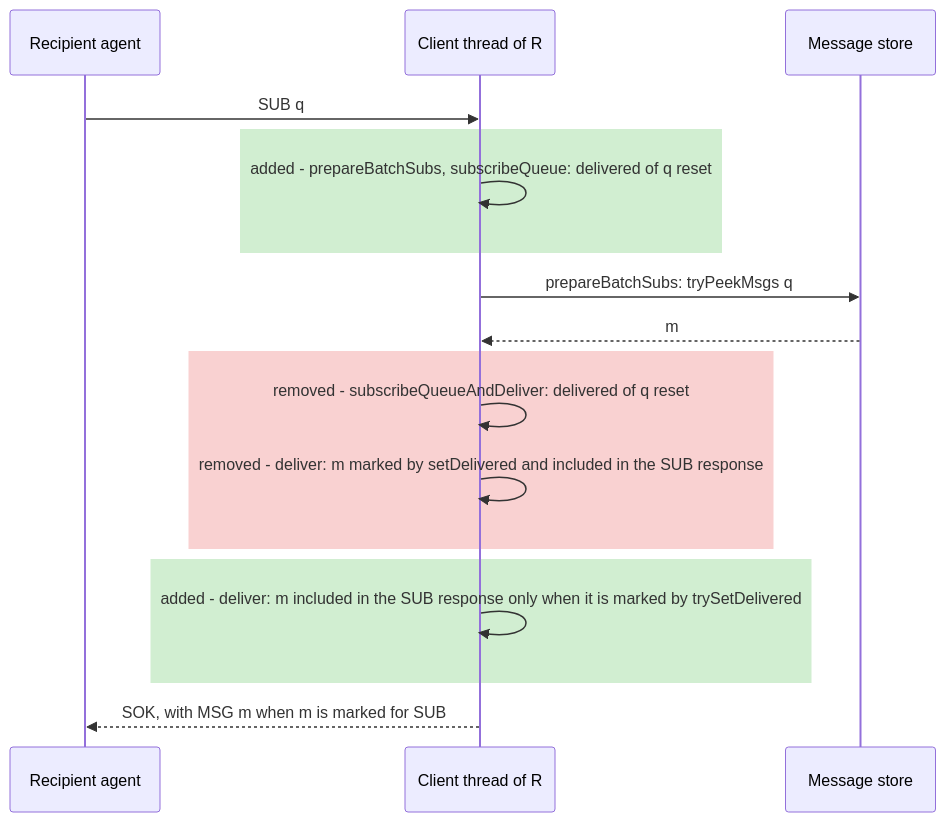
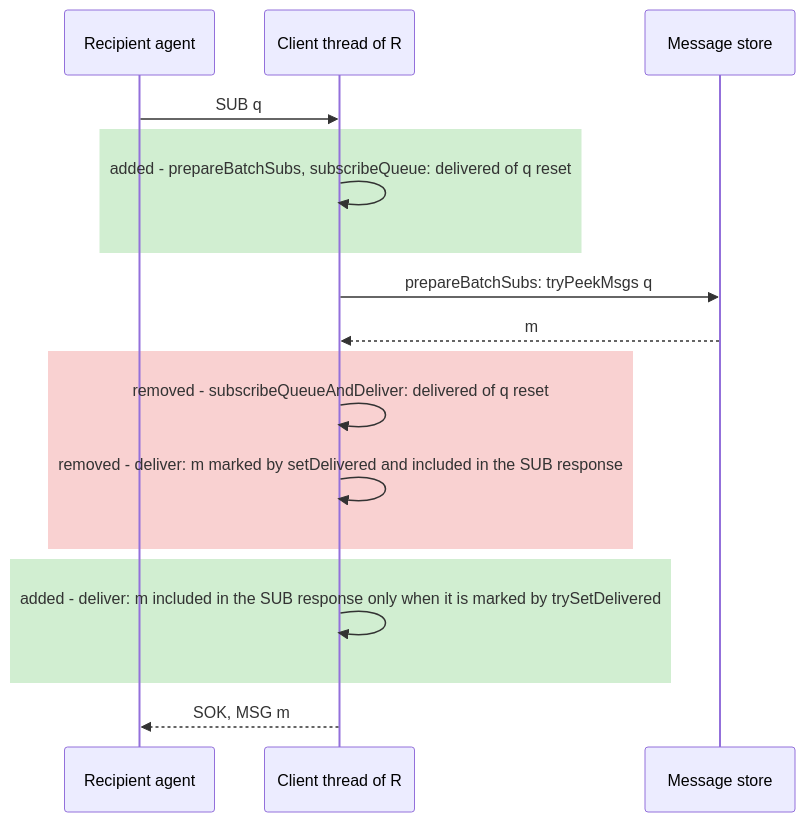
The third of 6 diagrams in plans/2026-10-31-sub-register-first.md (simplex-chat/simplexmq), drawn with Mermaid before and after one commit. The commit also changed other lines of this file, not shown here.

Commit message:
plans: duplicate SUB with SEND, service counts before and after the change

````diff
--- a/plans/2026-10-31-sub-register-first.md
+++ b/plans/2026-10-31-sub-register-first.md
@@ -107,20 +110,20 @@
 ```mermaid
 sequenceDiagram
     participant R as Recipient agent
     participant C as Client thread of R
     participant Q as Message store
     R->>C: SUB q
     rect rgba(0, 160, 0, 0.18)
         C->>C: added - prepareBatchSubs, subscribeQueue: delivered of q reset
     end
     C->>Q: prepareBatchSubs: tryPeekMsgs q
     Q-->>C: m
     rect rgba(220, 0, 0, 0.18)
         C->>C: removed - subscribeQueueAndDeliver: delivered of q reset
         C->>C: removed - deliver: m marked by setDelivered and included in the SUB response
     end
     rect rgba(0, 160, 0, 0.18)
         C->>C: added - deliver: m included in the SUB response only when it is marked by trySetDelivered
     end
-    C-->>R: SOK, with MSG m when m is marked for SUB
+    C-->>R: SOK, MSG m
 ```
````
